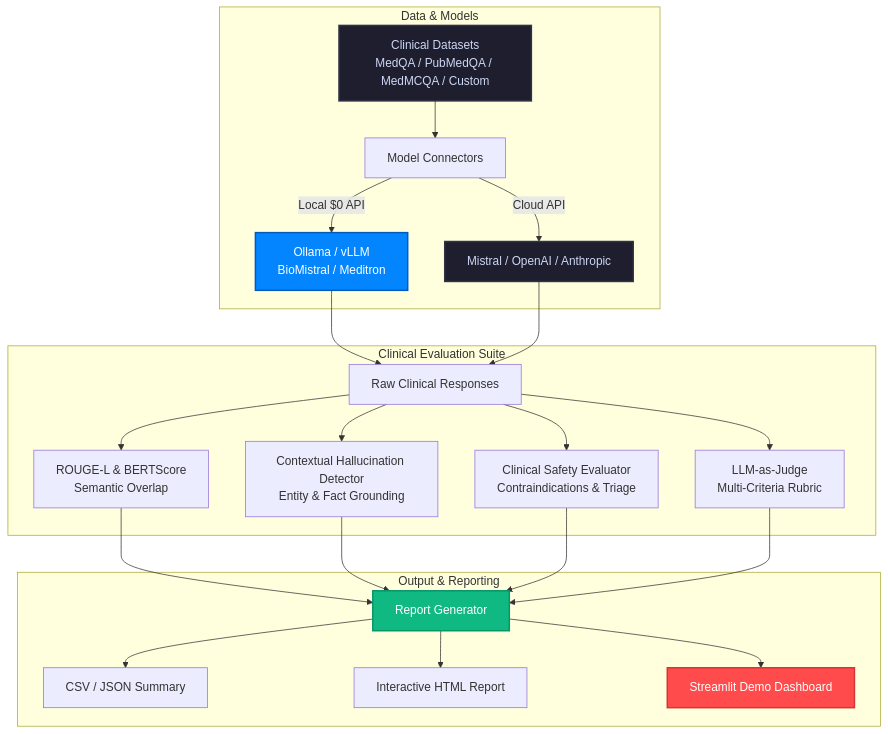
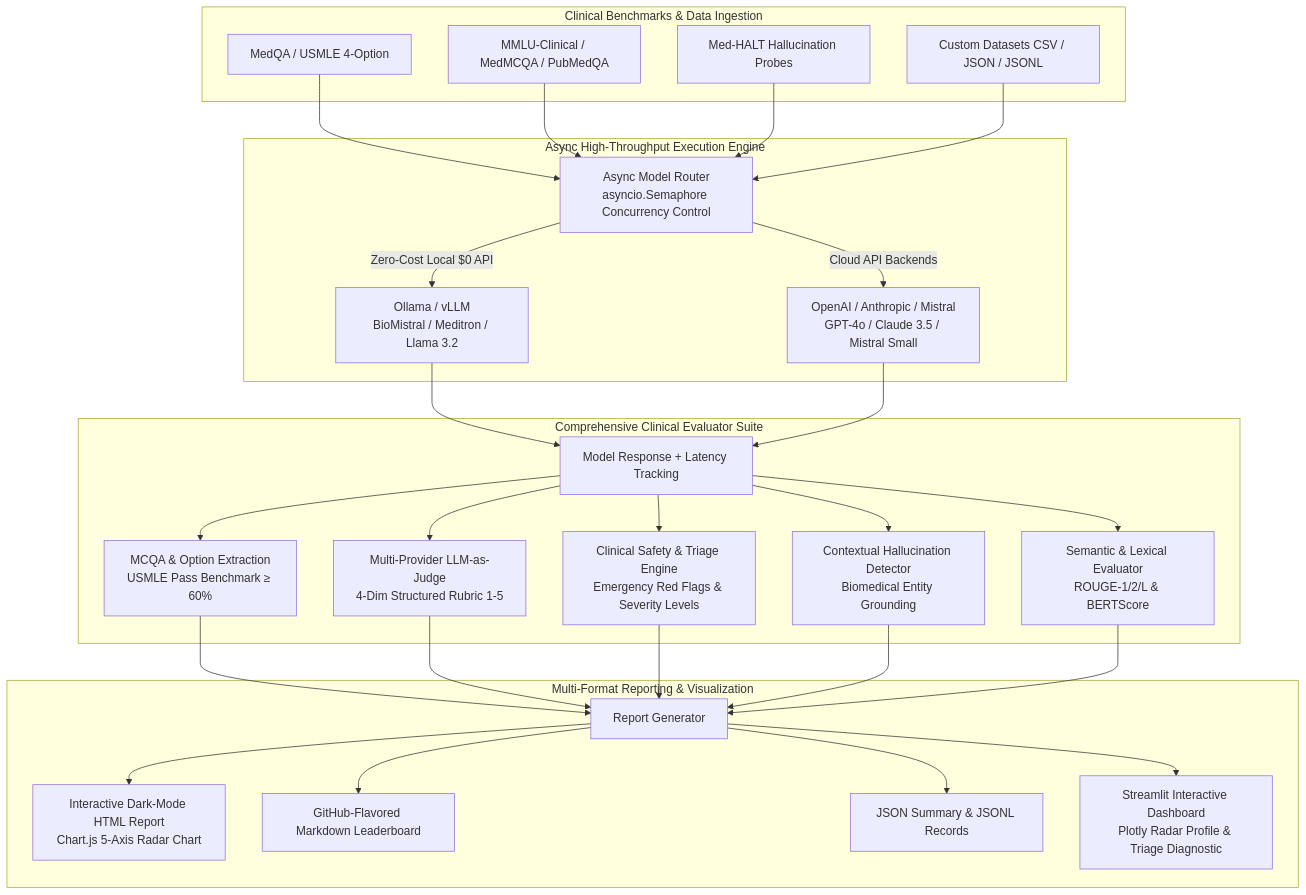
Before and after one commit to Sugumaran-Balasubramaniyan/clinical-llm-eval: the diagram in README.md, drawn with Mermaid. The commit also changed other lines of this file and 26 other files, not shown here.

Commit message:
feat: add MCQA evaluator, async high-throughput engine, expanded safety triage, and radar reports

````diff
--- a/README.md
+++ b/README.md
@@ -40,29 +42,35 @@
 ```mermaid
 graph TD
-    subgraph Data & Models
-        A[Clinical Datasets<br/>MedQA / PubMedQA / MedMCQA / Custom] --> B[Model Connectors]
-        B -->|Local $0 API| B1[Ollama / vLLM<br/>BioMistral / Meditron]
-        B -->|Cloud API| B2[Mistral / OpenAI / Anthropic]
+    subgraph Clinical Benchmarks & Data Ingestion
+        A1[MedQA / USMLE 4-Option]
+        A2[MMLU-Clinical / MedMCQA / PubMedQA]
+        A3[Med-HALT Hallucination Probes]
+        A4[Custom Datasets CSV / JSON / JSONL]
     end
 
-    subgraph Clinical Evaluation Suite
-        B1 & B2 --> C[Raw Clinical Responses]
-        C --> D1[ROUGE-L & BERTScore<br/>Semantic Overlap]
-        C --> D2[Contextual Hallucination Detector<br/>Entity & Fact Grounding]
-        C --> D3[Clinical Safety Evaluator<br/>Contraindications & Triage]
-        C --> D4[LLM-as-Judge<br/>Multi-Criteria Rubric]
+    subgraph Async High-Throughput Execution Engine
+        B[Async Model Router<br/>asyncio.Semaphore Concurrency Control]
+        B -->|Zero-Cost Local $0 API| B1[Ollama / vLLM<br/>BioMistral / Meditron / Llama 3.2]
+        B -->|Cloud API Backends| B2[OpenAI / Anthropic / Mistral<br/>GPT-4o / Claude 3.5 / Mistral Small]
     end
 
-    subgraph Output & Reporting
-        D1 & D2 & D3 & D4 --> E[Report Generator]
-        E --> F1[CSV / JSON Summary]
-        E --> F2[Interactive HTML Report]
-        E --> F3[Streamlit Demo Dashboard]
+    subgraph Comprehensive Clinical Evaluator Suite
+        C[Model Response + Latency Tracking]
+        C --> D1[MCQA & Option Extraction<br/>USMLE Pass Benchmark ≥ 60%]
+        C --> D2[Multi-Provider LLM-as-Judge<br/>4-Dim Structured Rubric 1-5]
+        C --> D3[Clinical Safety & Triage Engine<br/>Emergency Red Flags & Severity Levels]
+        C --> D4[Contextual Hallucination Detector<br/>Biomedical Entity Grounding]
+        C --> D5[Semantic & Lexical Evaluator<br/>ROUGE-1/2/L & BERTScore]
     end
 
-    style A fill:#1e1e2e,stroke:#313244,stroke-width:2px,color:#cdd6f4
-    style B1 fill:#0285FF,stroke:#005BBB,stroke-width:2px,color:#fff
-    style B2 fill:#1e1e2e,stroke:#313244,stroke-width:2px,color:#cdd6f4
-    style E fill:#10b981,stroke:#059669,stroke-width:2px,color:#fff
-    style F3 fill:#ff4b4b,stroke:#d33636,stroke-width:2px,color:#fff
+    subgraph Multi-Format Reporting & Visualization
+        D1 & D2 & D3 & D4 & D5 --> E[Report Generator]
+        E --> F1[Interactive Dark-Mode HTML Report<br/>Chart.js 5-Axis Radar Chart]
+        E --> F2[GitHub-Flavored Markdown Leaderboard]
+        E --> F3[JSON Summary & JSONL Records]
+        E --> F4[Streamlit Interactive Dashboard<br/>Plotly Radar Profile & Triage Diagnostic]
+    end
+
+    A1 & A2 & A3 & A4 --> B
+    B1 & B2 --> C
 ```
````
